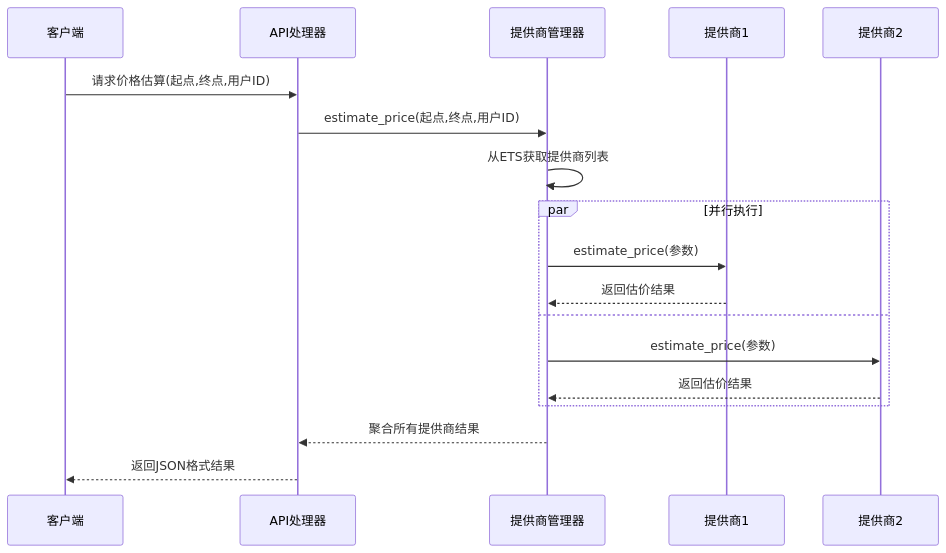
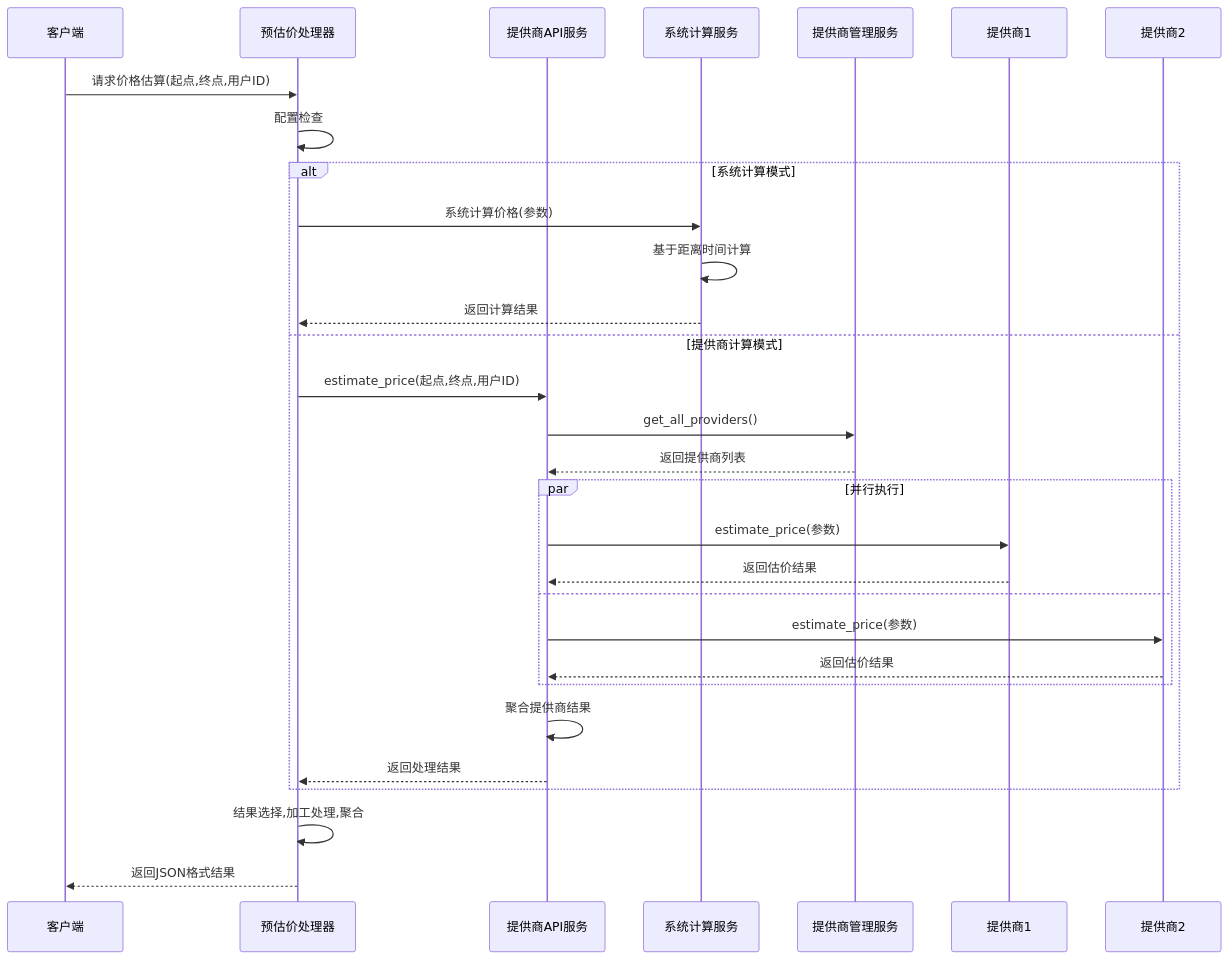
Before and after one commit to gch8537445/ExternalTransService_erlang: the fourth of 4 diagrams in 企业网约车后台服务分析.md, drawn with Mermaid. The commit also changed other lines of this file, not shown here.

````diff
--- a/企业网约车后台服务分析.md
+++ b/企业网约车后台服务分析.md
@@ -181,23 +164,38 @@
 ```mermaid
 sequenceDiagram
-    participant C as 客户端
-    participant A as API处理器
-    participant PM as 提供商管理器
+    participant A as 客户端
+    participant B as 预估价处理器
+    participant PAS as 提供商API服务
+    participant PSS as 系统计算服务
+    participant PMS as 提供商管理服务
     participant P1 as 提供商1
     participant P2 as 提供商2
     
-    C->>A: 请求价格估算(起点,终点,用户ID)
-    A->>PM: estimate_price(起点,终点,用户ID)
-    PM->>PM: 从ETS获取提供商列表
+    A->>B: 请求价格估算(起点,终点,用户ID)
     
-    par 并行执行
-        PM->>P1: estimate_price(参数)
-        P1-->>PM: 返回估价结果
-    and
-        PM->>P2: estimate_price(参数)
-        P2-->>PM: 返回估价结果
+    B->>B: 配置检查
+    
+    alt 系统计算模式
+        B->>PSS: 系统计算价格(参数)
+        PSS->>PSS: 基于距离时间计算
+        PSS-->>B: 返回计算结果
+    else 提供商计算模式
+        B->>PAS: estimate_price(起点,终点,用户ID)
+        PAS->>PMS: get_all_providers()
+        PMS-->>PAS: 返回提供商列表
+        
+        par 并行执行
+            PAS->>P1: estimate_price(参数)
+            P1-->>PAS: 返回估价结果
+        and
+            PAS->>P2: estimate_price(参数)
+            P2-->>PAS: 返回估价结果
+        end
+        
+        PAS->>PAS: 聚合提供商结果
+        PAS-->>B: 返回处理结果
     end
     
-    PM-->>A: 聚合所有提供商结果
-    A-->>C: 返回JSON格式结果
+    B->>B: 结果选择,加工处理,聚合
+    B-->>A: 返回JSON格式结果
 ```
````
